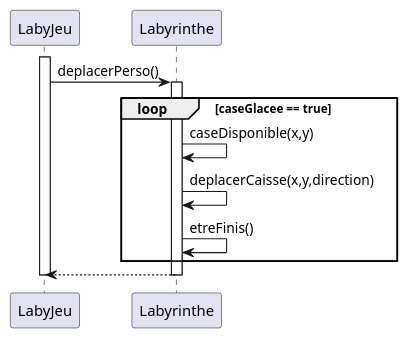
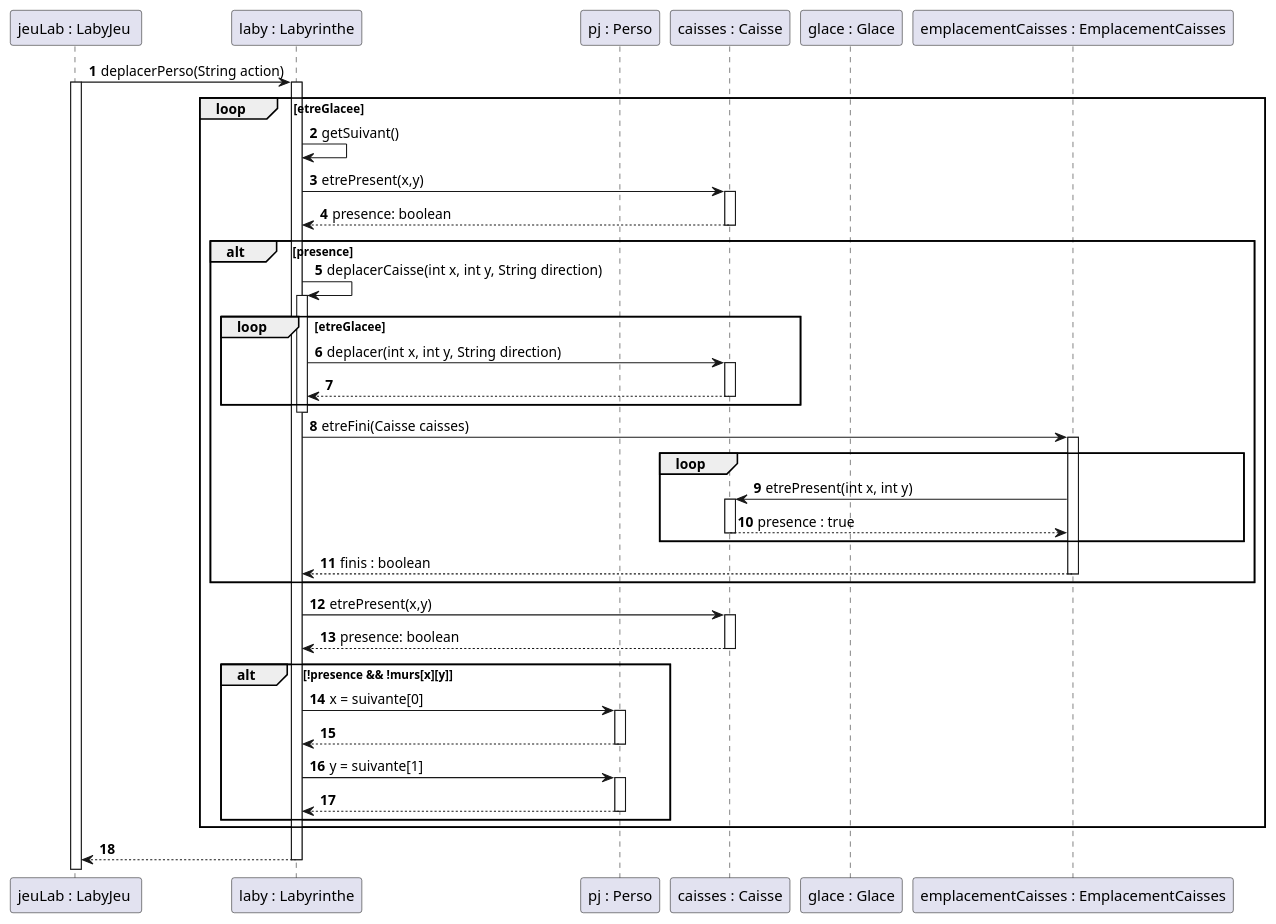
The diagram in documents/version_4/Diagramme sequence Cases glacee.puml (Flotss/Zeldiablo), drawn with PlantUML before and after one commit. The commit also changed 2 other files, not shown here.

Commit message:
ajout diagramme sequence v4

```diff
--- a/documents/version_4/Diagramme sequence Cases glacee.puml
+++ b/documents/version_4/Diagramme sequence Cases glacee.puml
@@ -1,19 +1,68 @@
 @startuml
 'https://plantuml.com/sequence-diagram
+participant "jeuLab : LabyJeu " as lj
+participant "laby : Labyrinthe" as l
+participant "pj : Perso" as p
+participant "caisses : Caisse" as c
+participant "glace : Glace" as g
+participant "emplacementCaisses : EmplacementCaisses" as ep
 
-participant "LabyJeu"
-participant "Labyrinthe"
 
-activate LabyJeu
-LabyJeu -> Labyrinthe : deplacerPerso()
-activate Labyrinthe
-loop caseGlacee == true
-    Labyrinthe -> Labyrinthe : caseDisponible(x,y)
-    Labyrinthe -> Labyrinthe : deplacerCaisse(x,y,direction)
-    Labyrinthe -> Labyrinthe : etreFinis()
+autonumber
+
+lj -> l : deplacerPerso(String action)
+activate lj
+activate l
+loop etreGlacee
+    l -> l : getSuivant()
+    l -> c : etrePresent(x,y)
+    activate c
+    l <-- c : presence: boolean
+    deactivate c
+
+    alt presence
+        l -> l : deplacerCaisse(int x, int y, String direction)
+        activate l
+        loop etreGlacee
+            l -> c : deplacer(int x, int y, String direction)
+            activate c
+            l <-- c
+            deactivate c
+        end
+        deactivate l
+         l -> ep : etreFini(Caisse caisses)
+         activate ep
+         loop
+         ep -> c : etrePresent(int x, int y)
+         activate c
+         ep <-- c : presence : true
+         deactivate c
+         end
+         l <-- ep : finis : boolean
+         deactivate ep
+    end
+    l -> c : etrePresent(x,y)
+    activate c
+    l <-- c : presence: boolean
+    deactivate c
+
+    alt !presence && !murs[x][y]
+
+        l -> p : x = suivante[0]
+        activate p
+        l <-- p
+        deactivate p
+        l -> p : y = suivante[1]
+        activate p
+        l <-- p
+        deactivate p
+    end
 end
-Labyrinthe --> LabyJeu :
-deactivate Labyrinthe
-deactivate LabyJeu
+
+lj <-- l
+deactivate l
+
+
+
 
 @enduml
```
